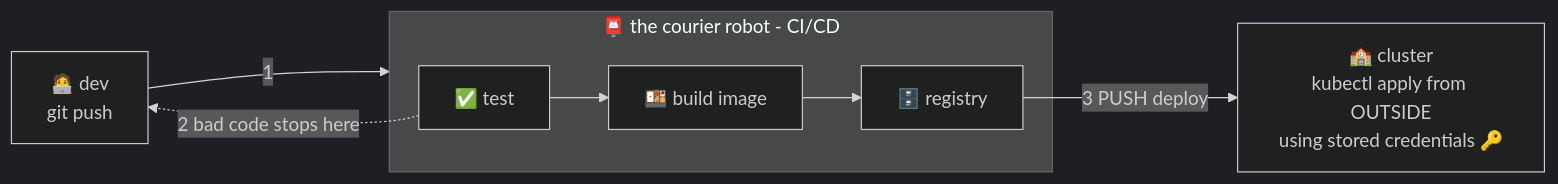
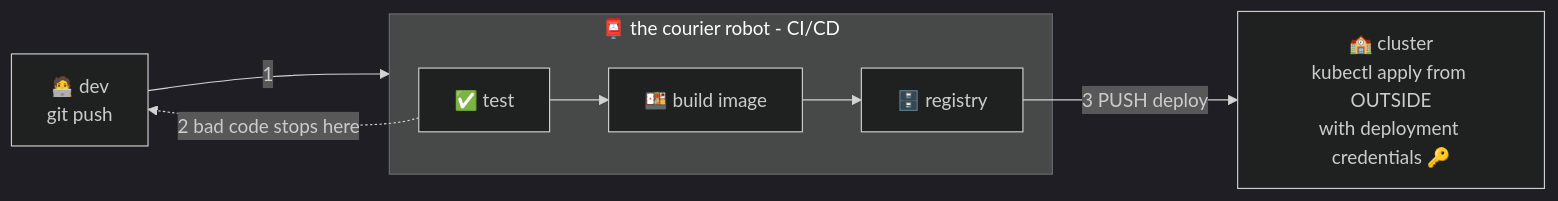
The diagram in lessons/03-cicd-push/README.md (BaluRaut/learn-argocd-school), drawn with Mermaid (dark theme) before and after one commit. The commit also changed other lines of this file and 2 other files, not shown here.

Commit message:
Review: deployment credentials wording, git vs sync history, deliberate automation; four gaps; Verify/Clean-up/Common mistakes/production boxes

````diff
--- a/lessons/03-cicd-push/README.md
+++ b/lessons/03-cicd-push/README.md
@@ -32,11 +30,11 @@
 ```mermaid
 flowchart LR
     dev["🧑‍💻 dev<br/>git push"]
     subgraph ci["📮 the courier robot - CI/CD"]
         t["✅ test"] --> b["🍱 build image"] --> r["🗄️ registry"]
     end
-    cluster["🏫 cluster<br/>kubectl apply from OUTSIDE<br/>using stored credentials 🔑"]
+    cluster["🏫 cluster<br/>kubectl apply from OUTSIDE<br/>with deployment credentials 🔑"]
     dev -->|"1"| ci
     r -->|"3 PUSH deploy"| cluster
     t -.->|"2 bad code stops here"| dev
 ```
````
